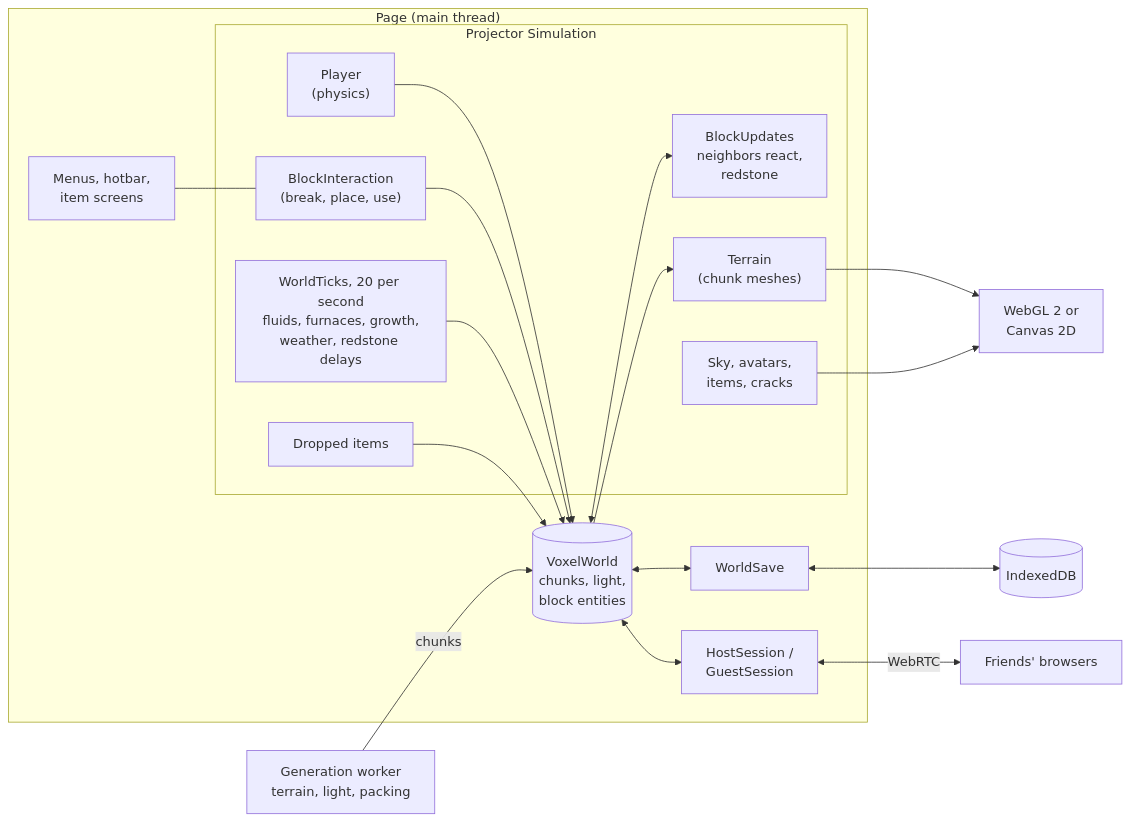
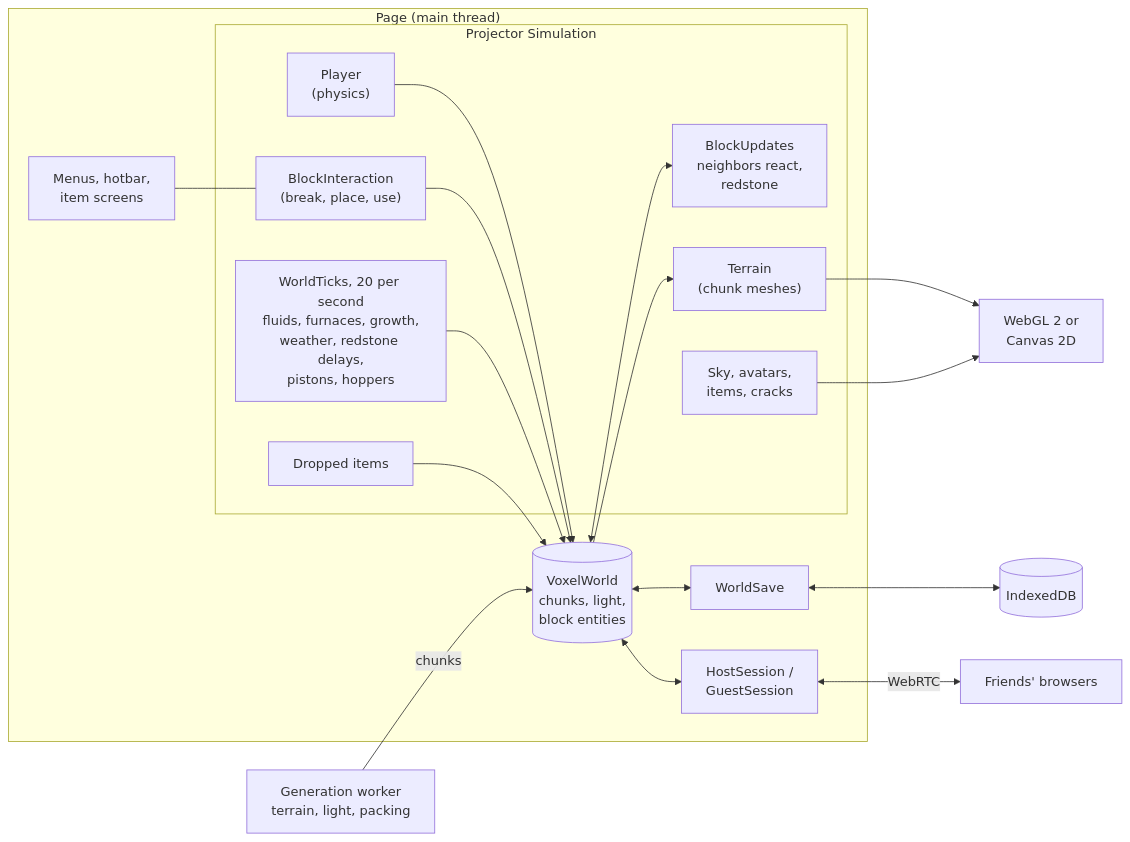
The first of 4 diagrams in README.md (ChrisDrae/Craft), drawn with Mermaid before and after one commit. The commit also changed other lines of this file and 39 other files, not shown here.

First line of the commit message:
Pistons, hoppers and comparators: blocks that move, items that flow, slimes

````diff
--- a/README.md
+++ b/README.md
@@ -172,35 +179,35 @@
 ```mermaid
 flowchart LR
   subgraph Page["Page (main thread)"]
     UI["Menus, hotbar,<br/>item screens"]
     subgraph Sim["Projector Simulation"]
       Player["Player<br/>(physics)"]
       Hands["BlockInteraction<br/>(break, place, use)"]
-      Ticks["WorldTicks, 20 per second<br/>fluids, furnaces, growth,<br/>weather, redstone delays"]
+      Ticks["WorldTicks, 20 per second<br/>fluids, furnaces, growth,<br/>weather, redstone delays,<br/>pistons, hoppers"]
       Updates["BlockUpdates<br/>neighbors react,<br/>redstone"]
       Drops["Dropped items"]
       Terrain["Terrain<br/>(chunk meshes)"]
       Sky["Sky, avatars,<br/>items, cracks"]
     end
     World[("VoxelWorld<br/>chunks, light,<br/>block entities")]
     Save["WorldSave"]
     Net["HostSession /<br/>GuestSession"]
   end
   Worker["Generation worker<br/>terrain, light, packing"]
   IDB[("IndexedDB")]
   GPU["WebGL 2 or<br/>Canvas 2D"]
   Friends["Friends' browsers"]
 
   UI --- Hands
   Player --> World
   Hands --> World
   Ticks --> World
   World <--> Updates
   Drops --> World
   World --> Terrain --> GPU
   Sky --> GPU
   Worker -->|chunks| World
   World <--> Save <--> IDB
   World <--> Net
   Net <-->|WebRTC| Friends
 ```
````
